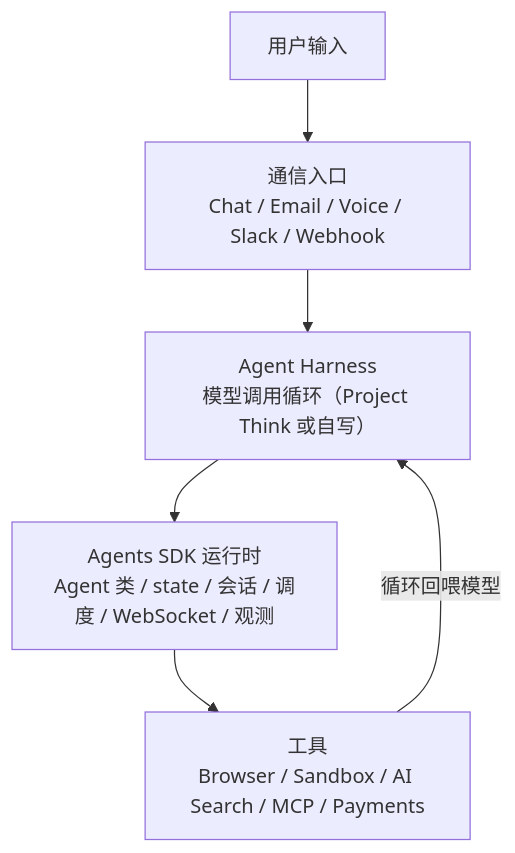
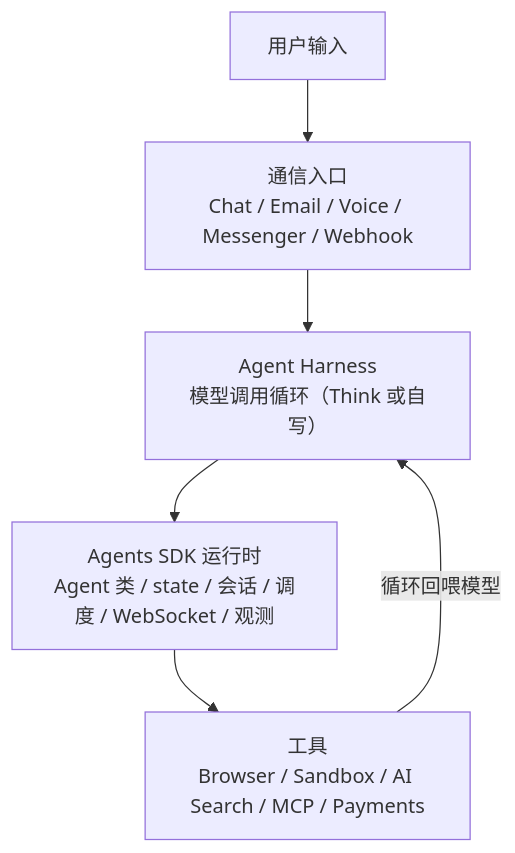
One commit to realchendahuang/cloudflare-playbook changed diagram 13 of 13 in README.md. Above: the diagram before and after it, drawn with Mermaid. The commit also changed other lines of this file and 3 other files, not shown here.

````diff
--- a/README.md
+++ b/README.md
@@ -1625,8 +1637,8 @@
 ```mermaid
 flowchart TD
-  U["用户输入"] --> CH["通信入口<br/>Chat / Email / Voice / Slack / Webhook"]
-  CH --> H["Agent Harness<br/>模型调用循环（Project Think 或自写）"]
+  U["用户输入"] --> CH["通信入口<br/>Chat / Email / Voice / Messenger / Webhook"]
+  CH --> H["Agent Harness<br/>模型调用循环（Think 或自写）"]
   H --> SDK["Agents SDK 运行时<br/>Agent 类 / state / 会话 / 调度 / WebSocket / 观测"]
   SDK --> T["工具<br/>Browser / Sandbox / AI Search / MCP / Payments"]
   T -->|循环回喂模型| H
 ```
````
